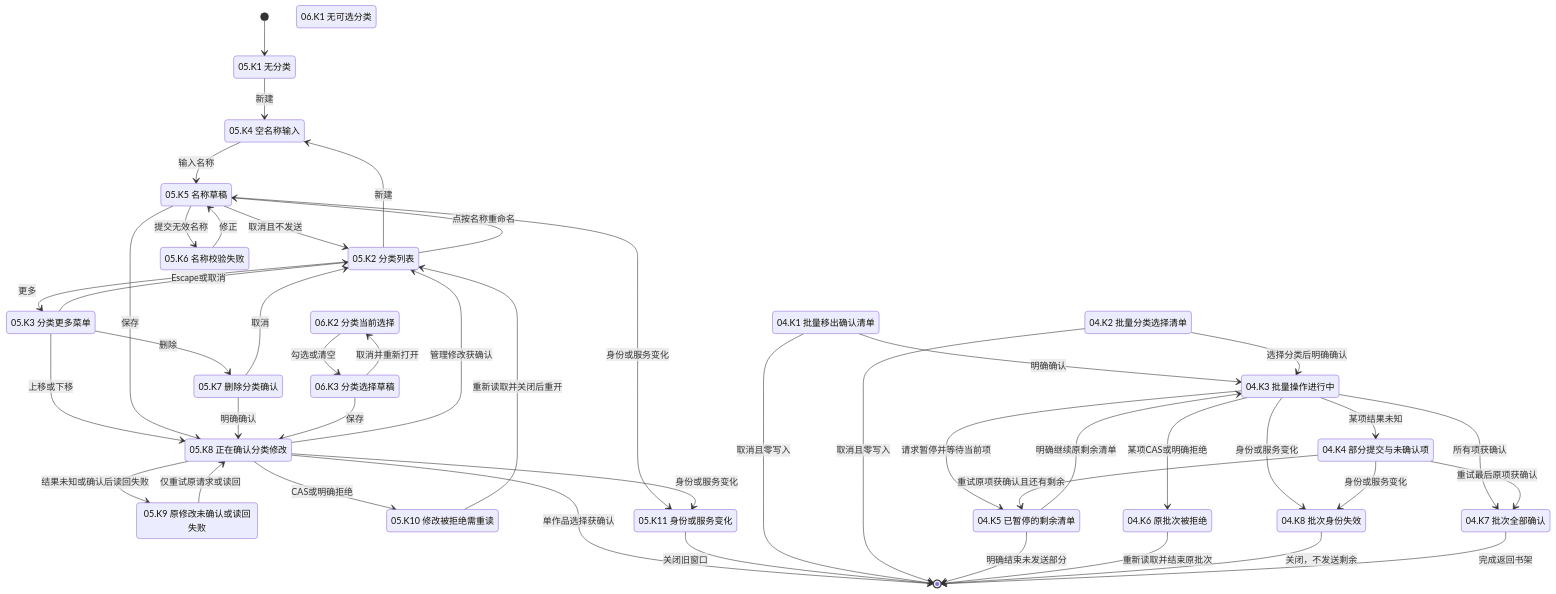
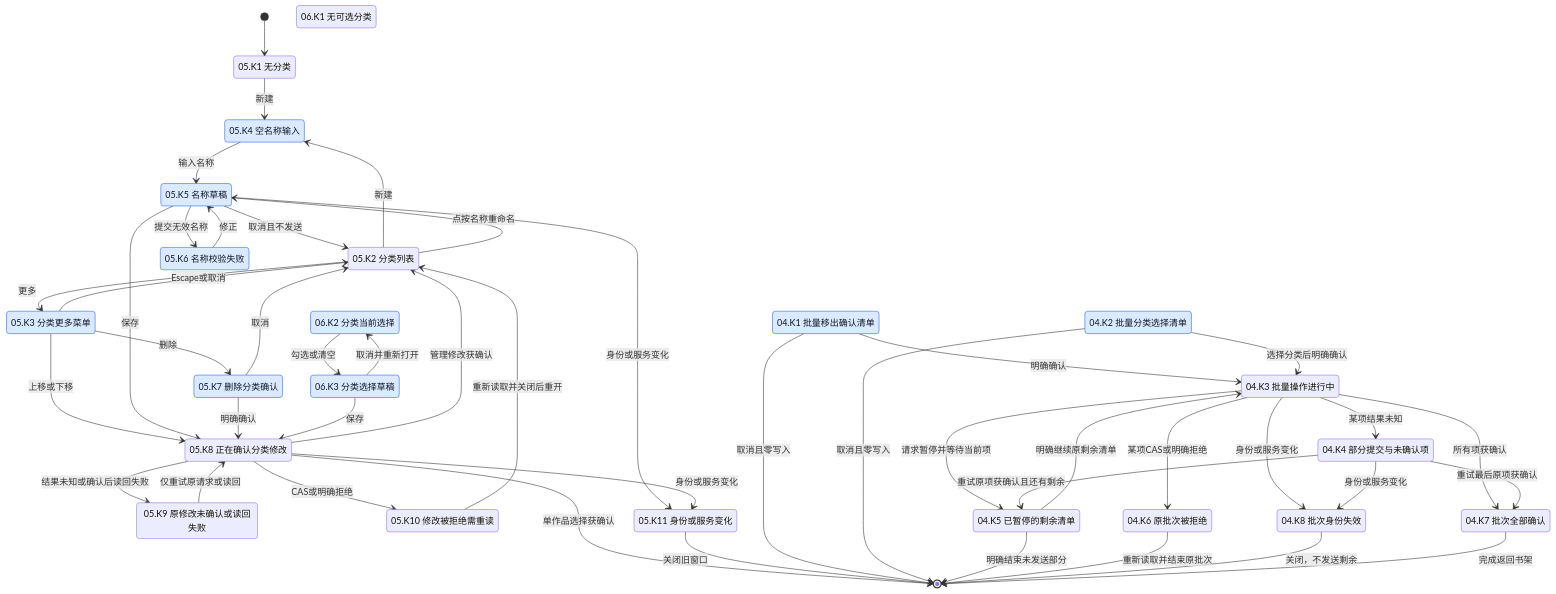
One commit to Wybxc/karuyomi changed the eighth of 16 diagrams in docs/verification/mihon-state-coverage.md. Above: the diagram before and after it, drawn with Mermaid. The commit also changed other lines of this file and 10 other files, not shown here.

````diff
--- a/docs/verification/mihon-state-coverage.md
+++ b/docs/verification/mihon-state-coverage.md
@@ -881,69 +881,71 @@
 ```mermaid
 stateDiagram-v2
     [*] --> EmptyCategories
     state "05.K1 无分类" as EmptyCategories
     state "05.K2 分类列表" as Categories
     state "05.K3 分类更多菜单" as CategoryMenu
     state "05.K4 空名称输入" as EmptyCategoryName
     state "05.K5 名称草稿" as CategoryName
     state "05.K6 名称校验失败" as InvalidCategoryName
     state "05.K7 删除分类确认" as DeleteCategory
     state "05.K8 正在确认分类修改" as SavingCategory
     state "05.K9 原修改未确认或读回失败" as UncertainCategory
     state "05.K10 修改被拒绝需重读" as RejectedCategory
     state "05.K11 身份或服务变化" as ExpiredCategory
     state "06.K1 无可选分类" as NoCategoryChoices
     state "06.K2 分类当前选择" as CategoryChoices
     state "06.K3 分类选择草稿" as CategoryChoiceDraft
     EmptyCategories --> EmptyCategoryName: 新建
     Categories --> EmptyCategoryName: 新建
     EmptyCategoryName --> CategoryName: 输入名称
     CategoryName --> InvalidCategoryName: 提交无效名称
     InvalidCategoryName --> CategoryName: 修正
     Categories --> CategoryName: 点按名称重命名
     Categories --> CategoryMenu: 更多
     CategoryMenu --> Categories: Escape或取消
     CategoryMenu --> SavingCategory: 上移或下移
     CategoryMenu --> DeleteCategory: 删除
     DeleteCategory --> Categories: 取消
     CategoryName --> Categories: 取消且不发送
     CategoryName --> SavingCategory: 保存
     DeleteCategory --> SavingCategory: 明确确认
     CategoryChoices --> CategoryChoiceDraft: 勾选或清空
     CategoryChoiceDraft --> SavingCategory: 保存
     CategoryChoiceDraft --> CategoryChoices: 取消并重新打开
     SavingCategory --> Categories: 管理修改获确认
     SavingCategory --> [*]: 单作品选择获确认
     SavingCategory --> UncertainCategory: 结果未知或确认后读回失败
     SavingCategory --> RejectedCategory: CAS或明确拒绝
     UncertainCategory --> SavingCategory: 仅重试原请求或读回
     RejectedCategory --> Categories: 重新读取并关闭后重开
     CategoryName --> ExpiredCategory: 身份或服务变化
     SavingCategory --> ExpiredCategory: 身份或服务变化
     ExpiredCategory --> [*]: 关闭旧窗口
     state "04.K1 批量移出确认清单" as RemoveReview
     state "04.K2 批量分类选择清单" as BatchCategoryReview
     state "04.K3 批量操作进行中" as SendingBatch
     state "04.K4 部分提交与未确认项" as UncertainBatch
     state "04.K5 已暂停的剩余清单" as PausedBatch
     state "04.K6 原批次被拒绝" as RejectedBatch
     state "04.K7 批次全部确认" as ConfirmedBatch
     state "04.K8 批次身份失效" as ExpiredBatch
     RemoveReview --> SendingBatch: 明确确认
     BatchCategoryReview --> SendingBatch: 选择分类后明确确认
     RemoveReview --> [*]: 取消且零写入
     BatchCategoryReview --> [*]: 取消且零写入
     SendingBatch --> UncertainBatch: 某项结果未知
     SendingBatch --> PausedBatch: 请求暂停并等待当前项
     SendingBatch --> RejectedBatch: 某项CAS或明确拒绝
     SendingBatch --> ConfirmedBatch: 所有项获确认
     UncertainBatch --> PausedBatch: 重试原项获确认且还有剩余
     UncertainBatch --> ConfirmedBatch: 重试最后原项获确认
     PausedBatch --> SendingBatch: 明确继续原剩余清单
     PausedBatch --> [*]: 明确结束未发送部分
     RejectedBatch --> [*]: 重新读取并结束原批次
     SendingBatch --> ExpiredBatch: 身份或服务变化
     UncertainBatch --> ExpiredBatch: 身份或服务变化
     ExpiredBatch --> [*]: 关闭，不发送剩余
     ConfirmedBatch --> [*]: 完成返回书架
+    classDef paired fill:#dbeafe,stroke:#2563eb,color:#0f172a
+    class CategoryMenu,EmptyCategoryName,CategoryName,InvalidCategoryName,DeleteCategory,CategoryChoices,CategoryChoiceDraft,RemoveReview,BatchCategoryReview paired
 ```
````
